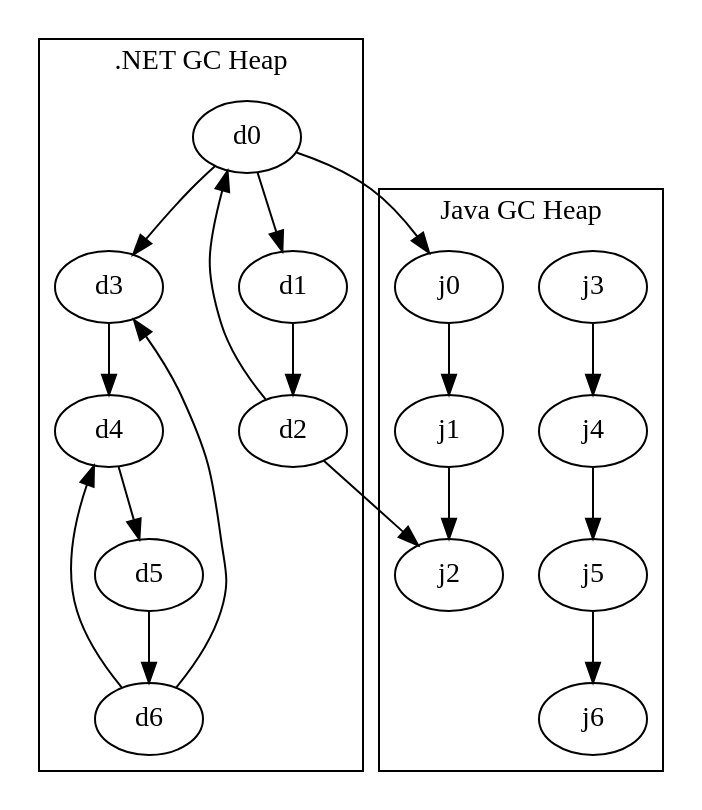
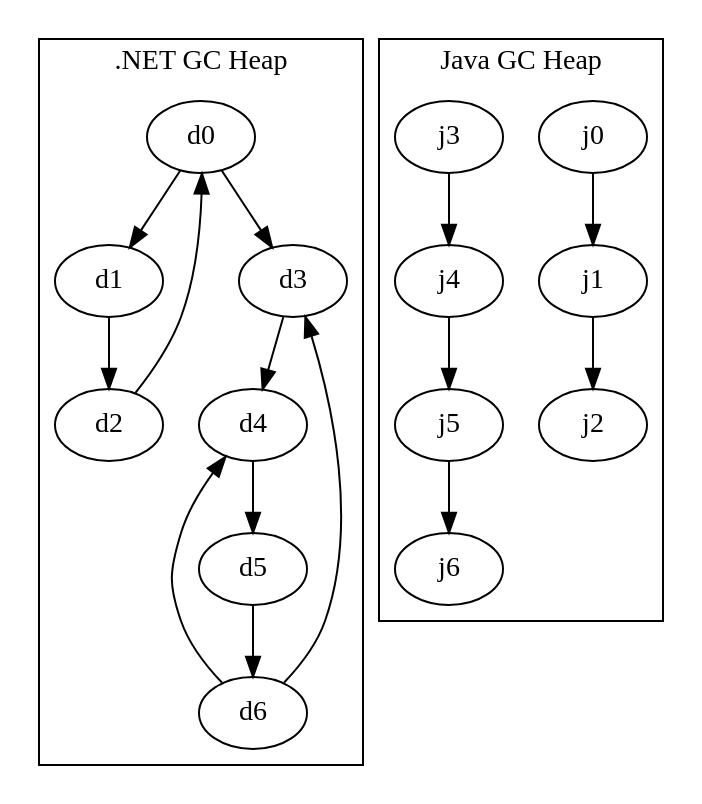
Before and after one commit to AustinWise/austinwise.github.com: the diagram in input/images/gc-handle-2/heap1.gv, drawn with Graphviz. The commit also changed 6 other files, not shown here.

```diff
--- a/input/images/gc-handle-2/heap1.gv
+++ b/input/images/gc-handle-2/heap1.gv
@@ -1,18 +1,15 @@
 digraph G {
     subgraph cluster_0 {
         d0 -> d1 -> d2 -> d0;
         d3 -> d4 -> d5 -> d6 -> d3;
         d6 -> d4;
         d0 -> d3;
         label = ".NET GC Heap";
     }
 
     subgraph cluster_1 {
         j0 -> j1 -> j2;
         j3 -> j4 -> j5 -> j6;
         label = "Java GC Heap";
     }
-
-    d0 -> j0;
-    d2 -> j2;
 }
```
